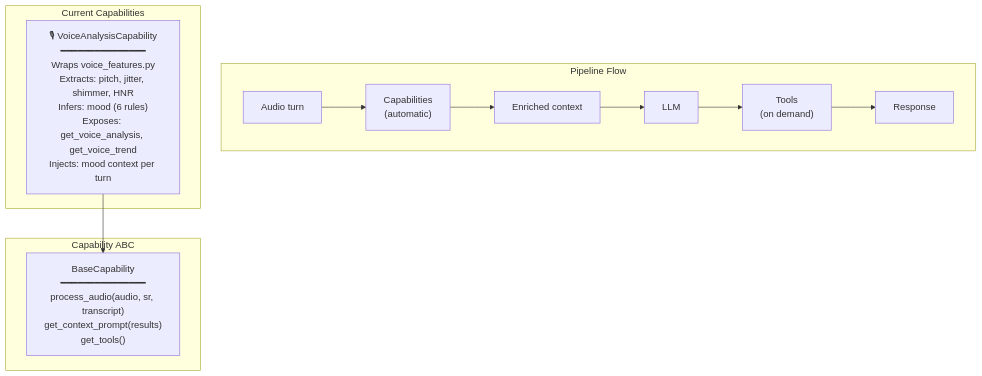
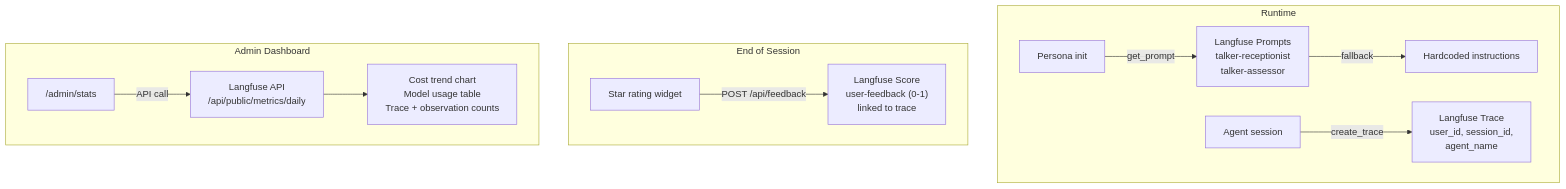
One commit to bodharma/talker changed the third of 8 diagrams in docs/architecture.md. Above: the diagram before and after it, drawn with Mermaid. The commit also changed other lines of this file and 3 other files, not shown here.

First line of the commit message:
docs: rewrite architecture and LiveKit docs for code review

````diff
--- a/docs/architecture.md
+++ b/docs/architecture.md
@@ -172,21 +219,17 @@
 ```mermaid
 graph TB
-    subgraph "Pipeline Flow"
-        direction LR
-        AUDIO["Audio turn"] --> CAP["Capabilities<br/>(automatic)"]
-        CAP --> CONTEXT["Enriched context"]
-        CONTEXT --> LLM["LLM"]
-        LLM --> TOOLS["Tools<br/>(on demand)"]
-        TOOLS --> RESPONSE["Response"]
+    subgraph "Runtime"
+        PERSONA["Persona init"] -->|get_prompt| LF_PROMPT["Langfuse Prompts<br/>talker-receptionist<br/>talker-assessor"]
+        LF_PROMPT -->|fallback| HARDCODED["Hardcoded instructions"]
+        SESSION["Agent session"] -->|create_trace| LF_TRACE["Langfuse Trace<br/>user_id, session_id,<br/>agent_name"]
     end
 
-    subgraph "Current Capabilities"
-        VA["🎙 VoiceAnalysisCapability<br/>━━━━━━━━━━━━━━━<br/>Wraps voice_features.py<br/>Extracts: pitch, jitter, shimmer, HNR<br/>Infers: mood (6 rules)<br/>Exposes: get_voice_analysis, get_voice_trend<br/>Injects: mood context per turn"]
+    subgraph "End of Session"
+        UI["Star rating widget"] -->|POST /api/feedback| SCORE["Langfuse Score<br/>user-feedback (0-1)<br/>linked to trace"]
     end
 
-    subgraph "Capability ABC"
-        BASE["BaseCapability<br/>━━━━━━━━━━━━━━━<br/>process_audio(audio, sr, transcript)<br/>get_context_prompt(results)<br/>get_tools()"]
+    subgraph "Admin Dashboard"
+        ADMIN_STATS["/admin/stats"] -->|API call| LF_API["Langfuse API<br/>/api/public/metrics/daily"]
+        LF_API --> COST["Cost trend chart<br/>Model usage table<br/>Trace + observation counts"]
     end
-
-    VA --> BASE
 ```
````
